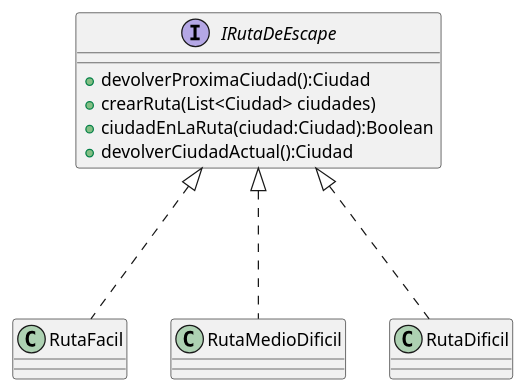
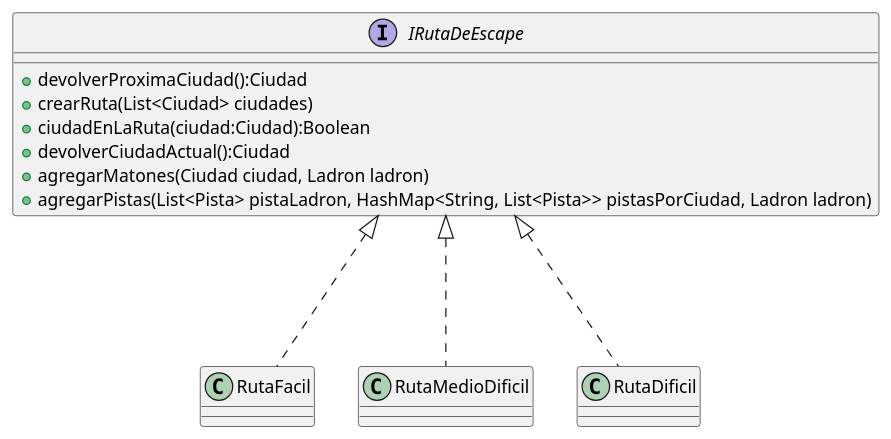
The diagram in diagrams/classes/dc_RutaDeEscape.puml (SeleneMartinez/Algo3_AlgoThief), drawn with PlantUML before and after one commit. The commit also changed 5 other files, not shown here.

Commit message:
agrego un diagrama de clase y modifico otros

```diff
--- a/diagrams/classes/dc_RutaDeEscape.puml
+++ b/diagrams/classes/dc_RutaDeEscape.puml
@@ -1,27 +1,30 @@
 @startuml
 
 interface IRutaDeEscape
 {
     + devolverProximaCiudad():Ciudad
     + crearRuta(List<Ciudad> ciudades)
     + ciudadEnLaRuta(ciudad:Ciudad):Boolean
     + devolverCiudadActual():Ciudad
+    +agregarMatones(Ciudad ciudad, Ladron ladron)
+    +agregarPistas(List<Pista> pistaLadron, HashMap<String, List<Pista>> pistasPorCiudad, Ladron ladron)
+
 }
 class RutaFacil
 {
     
 }
 class RutaMedioDificil
 {
     
 }
 class RutaDificil
 {
     
 }
 
 IRutaDeEscape <|... RutaFacil
 IRutaDeEscape <|... RutaMedioDificil
 IRutaDeEscape <|... RutaDificil
 
 @enduml
```
